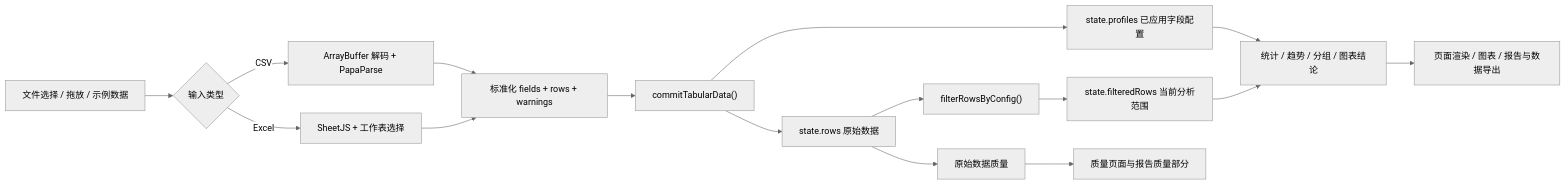
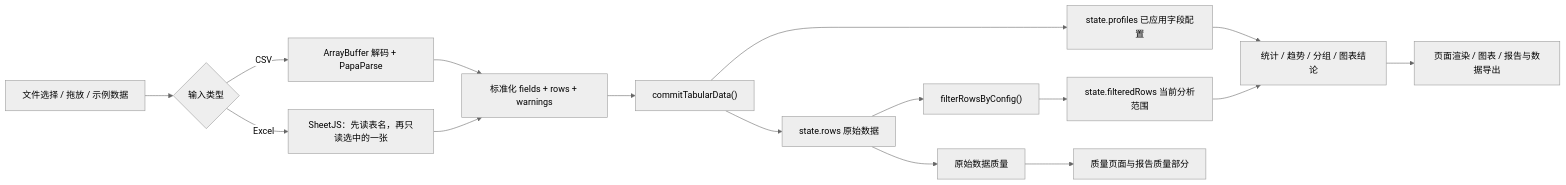
The diagram in docs/ARCHITECTURE.md (wy-data-30/smart-tabular-analyzer), drawn with Mermaid (neutral theme) before and after one commit. The commit also changed other lines of this file and 5 other files, not shown here.

````diff
--- a/docs/ARCHITECTURE.md
+++ b/docs/ARCHITECTURE.md
@@ -80,18 +80,18 @@
 ```mermaid
 flowchart LR
   A["文件选择 / 拖放 / 示例数据"] --> B{"输入类型"}
   B -->|CSV| C["ArrayBuffer 解码 + PapaParse"]
-  B -->|Excel| D["SheetJS + 工作表选择"]
+  B -->|Excel| D["SheetJS：先读表名，再只读选中的一张"]
   C --> E["标准化 fields + rows + warnings"]
   D --> E
   E --> F["commitTabularData()"]
   F --> G["state.rows 原始数据"]
   F --> H["state.profiles 已应用字段配置"]
   G --> I["原始数据质量"]
   G --> J["filterRowsByConfig()"]
   J --> K["state.filteredRows 当前分析范围"]
   H --> L["统计 / 趋势 / 分组 / 图表结论"]
   K --> L
   I --> M["质量页面与报告质量部分"]
   L --> N["页面渲染 / 图表 / 报告与数据导出"]
 ```
````
